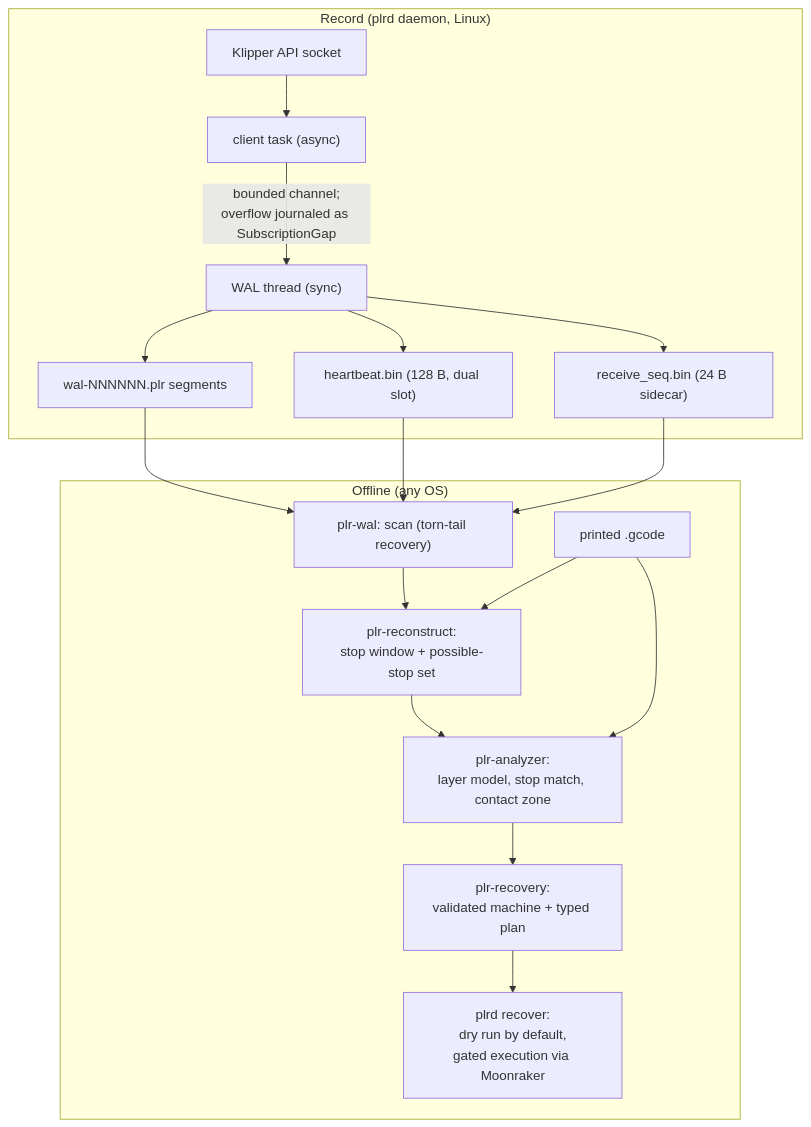
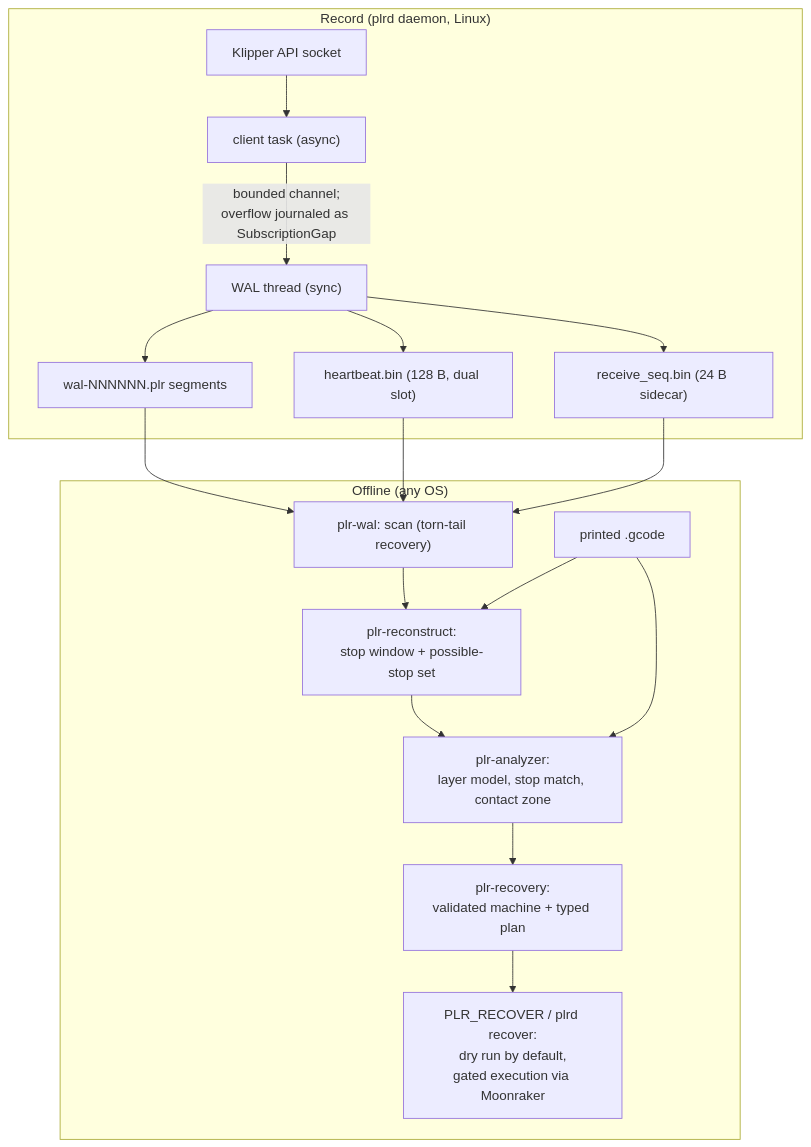
Before and after one commit to Zsmerritt/dead-reckoning: the diagram in docs/architecture.md, drawn with Mermaid. The commit also changed other lines of this file and 9 other files, not shown here.

````diff
--- a/docs/architecture.md
+++ b/docs/architecture.md
@@ -13,21 +16,21 @@
 ```mermaid
 flowchart TD
     subgraph rec ["Record (plrd daemon, Linux)"]
         K[Klipper API socket] --> CL["client task (async)"]
         CL -->|"bounded channel;<br/>overflow journaled as SubscriptionGap"| WS["WAL thread (sync)"]
         WS --> SEG["wal-NNNNNN.plr segments"]
         WS --> HB["heartbeat.bin (128 B, dual slot)"]
         WS --> RS["receive_seq.bin (24 B sidecar)"]
     end
     subgraph off ["Offline (any OS)"]
         SEG --> SC["plr-wal: scan (torn-tail recovery)"]
         HB --> SC
         RS --> SC
         SC --> RC["plr-reconstruct:<br/>stop window + possible-stop set"]
         FILE["printed .gcode"] --> RC
         RC --> AN["plr-analyzer:<br/>layer model, stop match, contact zone"]
         FILE --> AN
         AN --> PL["plr-recovery:<br/>validated machine + typed plan"]
-        PL --> EX["plrd recover:<br/>dry run by default,<br/>gated execution via Moonraker"]
+        PL --> EX["PLR_RECOVER / plrd recover:<br/>dry run by default,<br/>gated execution via Moonraker"]
     end
 ```
````
